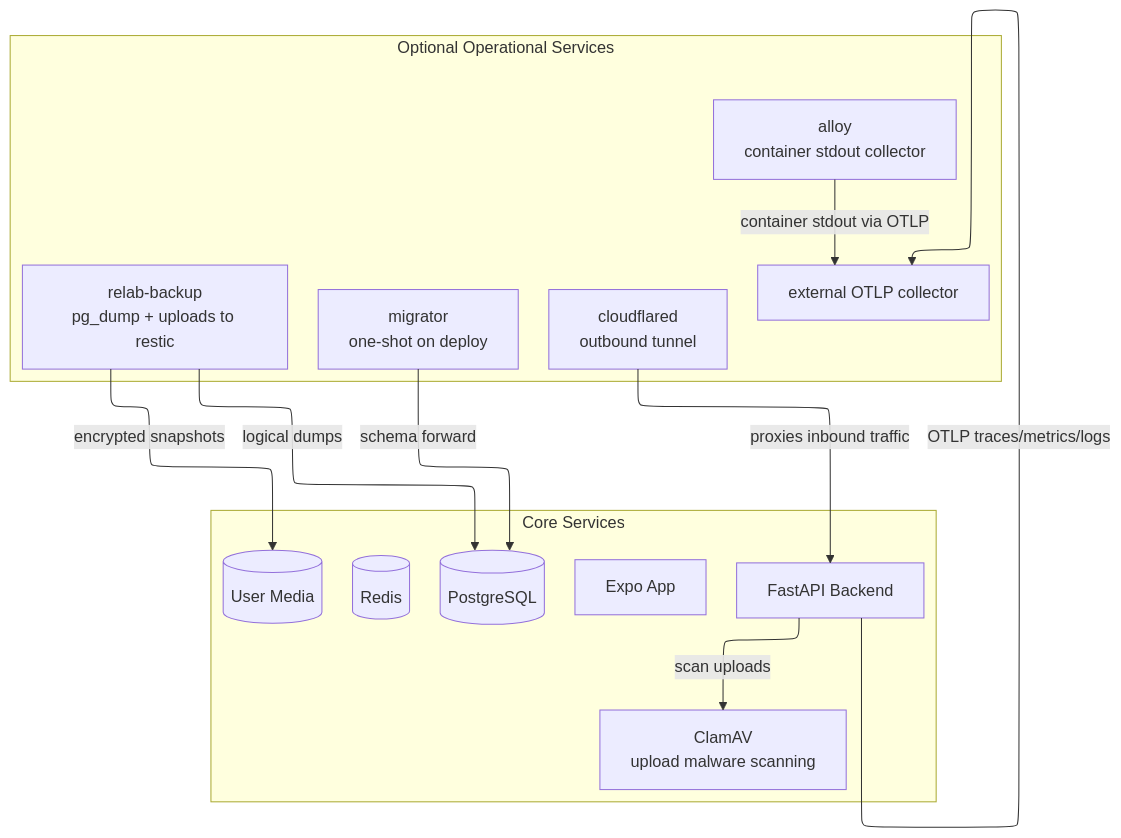
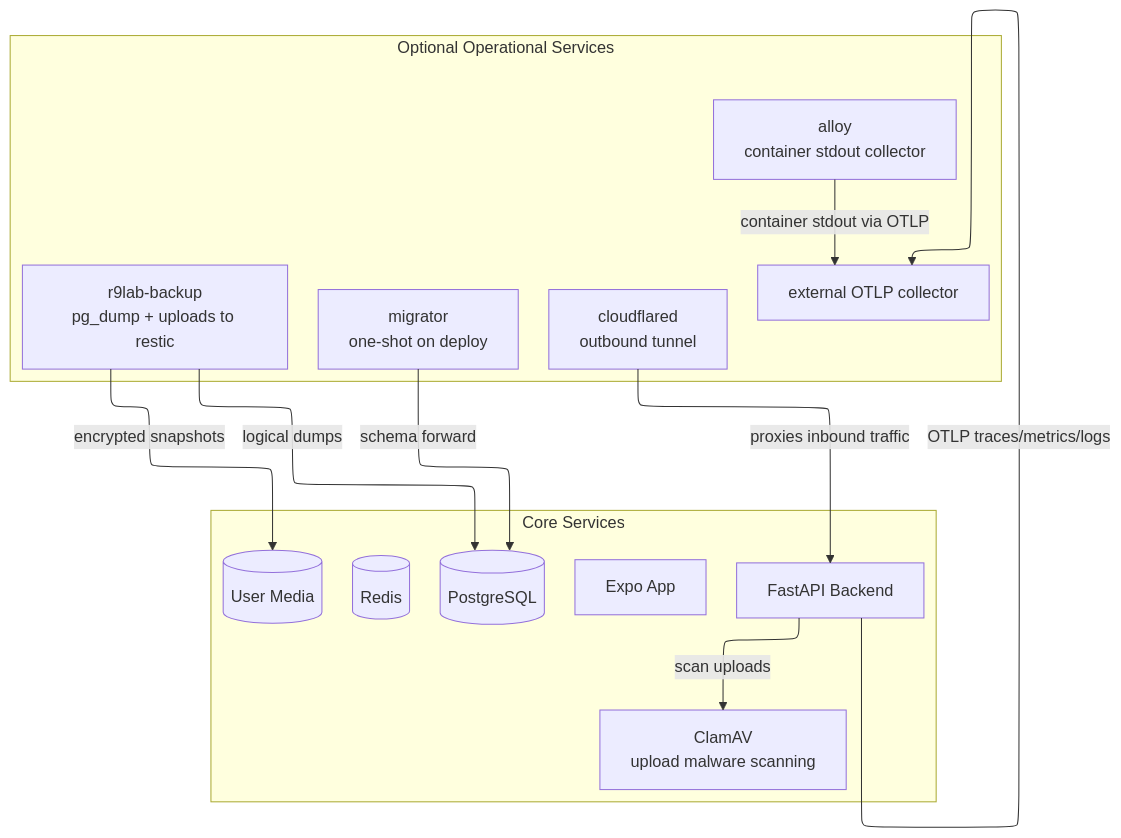
The diagram in docs/src/content/docs/operations/deployment.mdx (CMLPlatform/relab), drawn with Mermaid before and after one commit. The commit also changed other lines of this file and 47 other files, not shown here.

````diff
--- a/docs/src/content/docs/operations/deployment.mdx
+++ b/docs/src/content/docs/operations/deployment.mdx
@@ -14,33 +14,33 @@
 ```mermaid
 ---
 config:
     layout: elk
 ---
 graph TD
     accTitle: Deployment Compose service topology
     accDescr: The core services are the FastAPI backend, PostgreSQL, Redis, ClamAV, user media storage, and the Expo app. They run alongside optional operational services for migrations, backups, the Cloudflare tunnel, and OTLP telemetry export from both the backend and an Alloy log collector. The backend is the hub, talking to the database, cache, malware scanner, and external monitoring collector.
     subgraph Core ["Core Services"]
         Backend[FastAPI Backend]
         DB[(PostgreSQL)]
         Cache[(Redis)]
         ClamAV[ClamAV\nupload malware scanning]
         Uploads[(User Media)]
         FrontendApp[Expo App]
     end
 
     subgraph Operational ["Optional Operational Services"]
         Migrations[migrator\none-shot on deploy]
-        Backups[relab-backup\npg_dump + uploads to restic]
+        Backups[r9lab-backup\npg_dump + uploads to restic]
         Cloudflared[cloudflared\noutbound tunnel]
         Alloy[alloy\ncontainer stdout collector]
         OTel[external OTLP collector]
     end
 
     Migrations -->|schema forward| DB
     Backups -->|logical dumps| DB
     Backups -->|encrypted snapshots| Uploads
     Cloudflared -->|proxies inbound traffic| Backend
     Backend -->|scan uploads| ClamAV
     Backend -->|OTLP traces/metrics/logs| OTel
     Alloy -->|container stdout via OTLP| OTel
 ```
````
